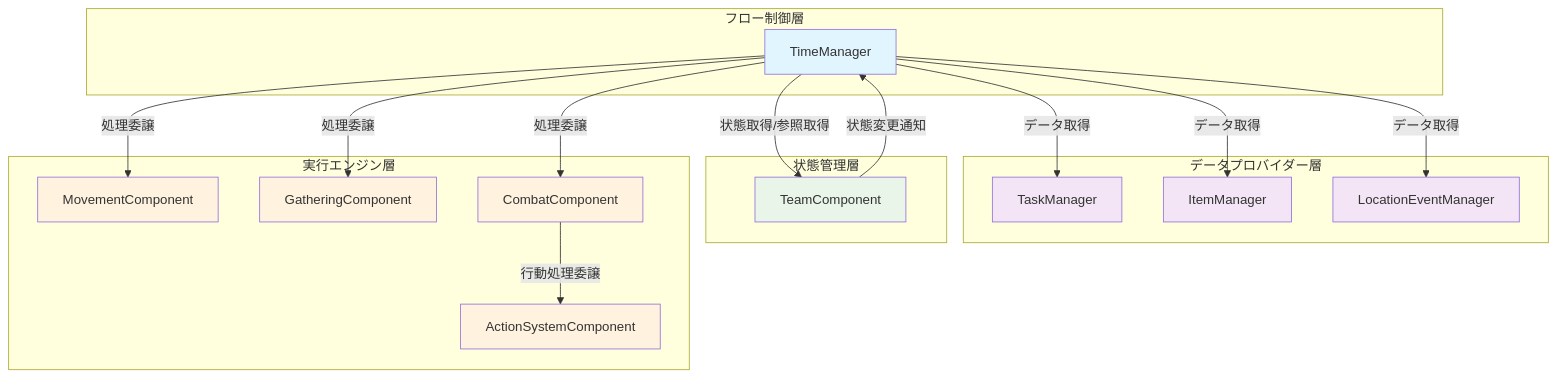
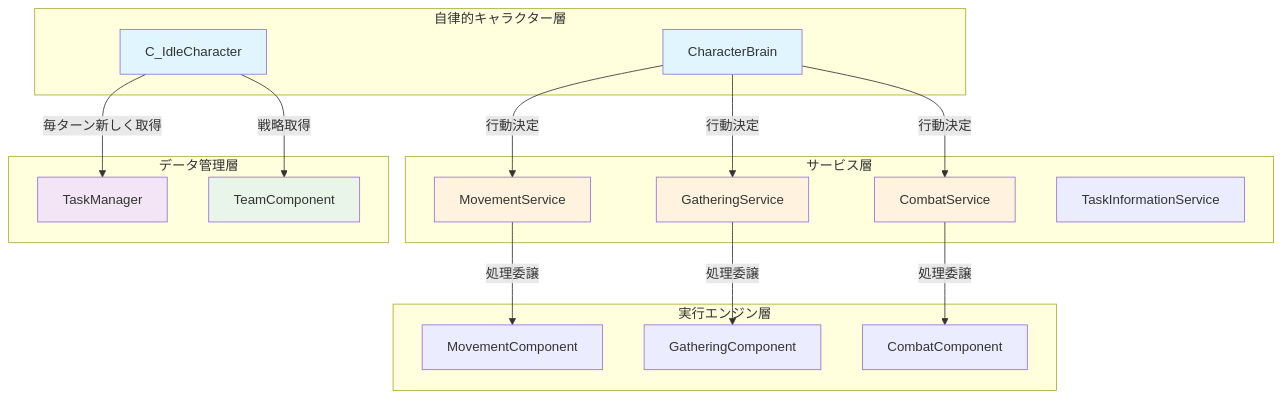
Before and after one commit to earlgreystudio/UE_IdleWSL: the sixth of 6 diagrams in docs/specifications/tasks/タスクフロー図.md, drawn with Mermaid. The commit also changed other lines of this file and 88 other files, not shown here.

````diff
--- a/docs/specifications/tasks/タスクフロー図.md
+++ b/docs/specifications/tasks/タスクフロー図.md
@@ -221,44 +186,42 @@
 ```mermaid
 graph TB
-    subgraph "フロー制御層"
-        TM[TimeManager]
+    subgraph "自律的キャラクター層"
+        Char[C_IdleCharacter]
+        Brain[CharacterBrain]
     end
     
-    subgraph "データプロバイダー層"
-        TaskMgr[TaskManager]
-        IM[ItemManager]
-        LEM[LocationEventManager]
+    subgraph "サービス層"
+        MS[MovementService]
+        GS[GatheringService]
+        CS[CombatService]
+        TIS[TaskInformationService]
     end
     
-    subgraph "状態管理層"
-        TC[TeamComponent]
+    subgraph "データ管理層"
+        TaskMgr[TaskManager]
+        TeamComp[TeamComponent]
     end
     
     subgraph "実行エンジン層"
         MC[MovementComponent]
         GC[GatheringComponent]
         CC[CombatComponent]
-        ASC[ActionSystemComponent]
     end
     
-    TM -->|データ取得| TaskMgr
-    TM -->|データ取得| IM
-    TM -->|データ取得| LEM
-    TM -->|状態取得/参照取得| TC
-    TM -->|処理委譲| MC
-    TM -->|処理委譲| GC
-    TM -->|処理委譲| CC
+    Char -->|毎ターン新しく取得| TaskMgr
+    Char -->|戦略取得| TeamComp
+    Brain -->|行動決定| MS
+    Brain -->|行動決定| GS
+    Brain -->|行動決定| CS
+    MS -->|処理委譲| MC
+    GS -->|処理委譲| GC
+    CS -->|処理委譲| CC
     
-    CC -->|行動処理委譲| ASC
-    TC -->|状態変更通知| TM
-    
-    style TM fill:#e1f5fe
+    style Char fill:#e1f5fe
+    style Brain fill:#e1f5fe
     style TaskMgr fill:#f3e5f5
-    style IM fill:#f3e5f5
-    style LEM fill:#f3e5f5
-    style TC fill:#e8f5e8
-    style MC fill:#fff3e0
-    style GC fill:#fff3e0
-    style CC fill:#fff3e0
-    style ASC fill:#fff3e0
+    style TeamComp fill:#e8f5e8
+    style MS fill:#fff3e0
+    style GS fill:#fff3e0
+    style CS fill:#fff3e0
 ```
````
